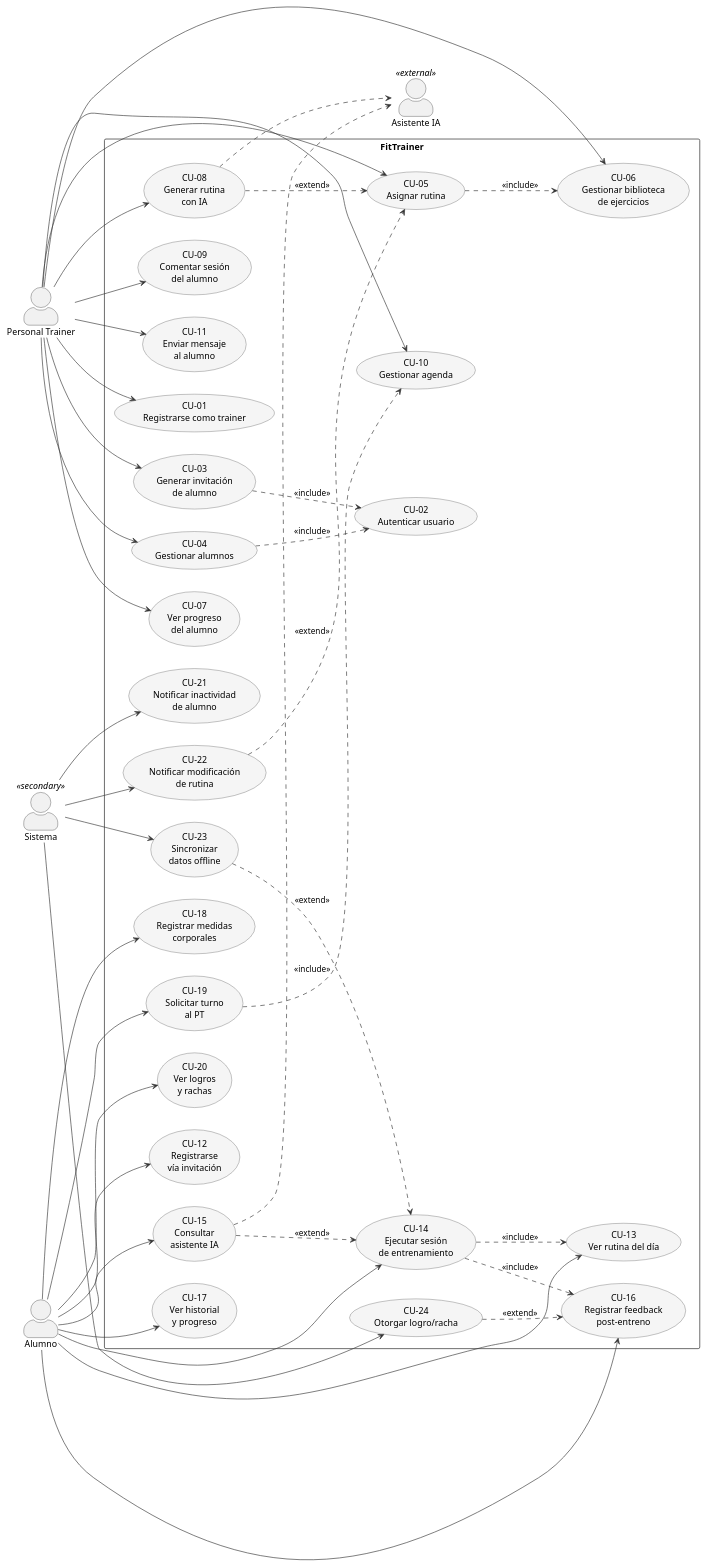
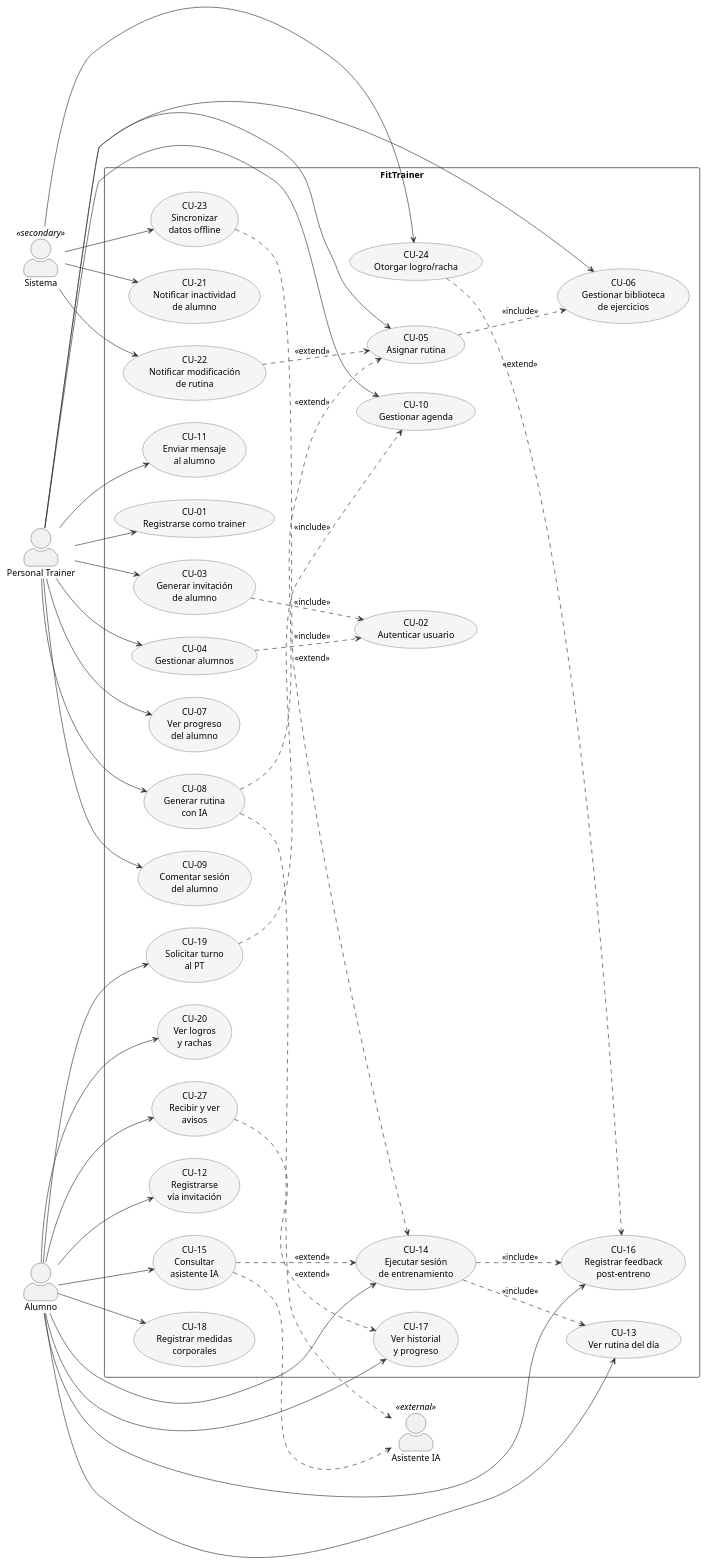
The diagram in docs/arquitectura/diagrama-casos-de-uso.md (irolon/parcial-2-ap-acn5bv-queimalinos-rolon), drawn with PlantUML before and after one commit. The commit also changed other lines of this file and 4 other files, not shown here.

````diff
--- a/docs/arquitectura/diagrama-casos-de-uso.md
+++ b/docs/arquitectura/diagrama-casos-de-uso.md
@@ -144,6 +146,7 @@
   usecase "CU-18\nRegistrar medidas\ncorporales" as CU18
   usecase "CU-19\nSolicitar turno\nal PT" as CU19
   usecase "CU-20\nVer logros\ny rachas" as CU20
+  usecase "CU-27\nRecibir y ver\navisos" as CU27
 
   ' --- Sistema ---
   usecase "CU-21\nNotificar inactividad\nde alumno" as CU21
@@ -174,6 +177,7 @@
 AL --> CU18
 AL --> CU19
 AL --> CU20
+AL --> CU27
 
 ' --- Asociaciones Sistema ---
 SYS --> CU21
@@ -199,6 +203,7 @@
 CU23 ..> CU14 : <<extend>>
 CU24 ..> CU16 : <<extend>>
 CU22 ..> CU05 : <<extend>>
+CU27 ..> CU17 : <<extend>>
 
 @enduml
 ```
````
